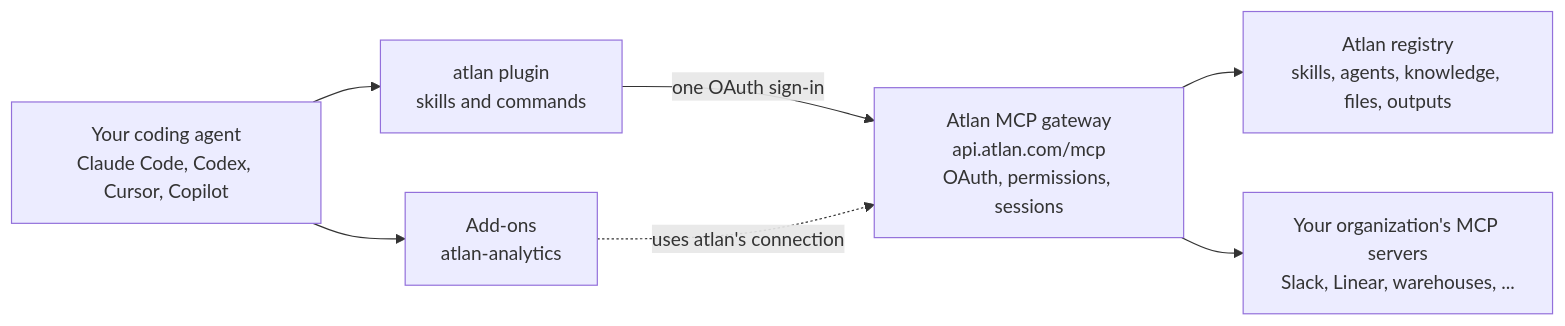
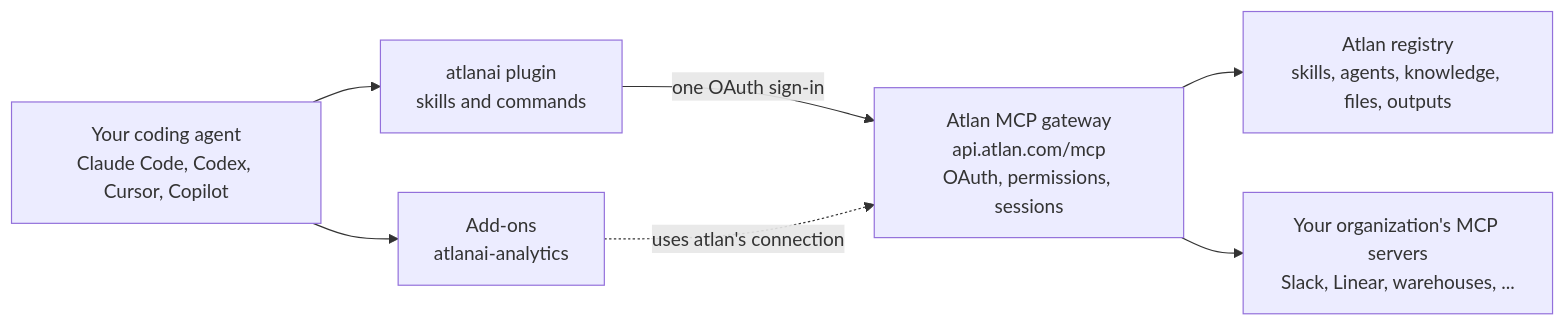
Before and after one commit to atlanai/atlan-plugins: the diagram in README.md, drawn with Mermaid. The commit also changed other lines of this file and 158 other files, not shown here.

````diff
--- a/README.md
+++ b/README.md
@@ -168,16 +132,16 @@
 ```mermaid
 flowchart LR
   agent["Your coding agent<br/>Claude Code, Codex, Cursor, Copilot"]
-  plugin["atlan plugin<br/>skills and commands"]
-  addon["Add-ons<br/>atlan-analytics"]
+  plugin["atlanai plugin<br/>skills and commands"]
+  addon["Add-ons<br/>atlanai-analytics"]
   gateway["Atlan MCP gateway<br/>api.atlan.com/mcp<br/>OAuth, permissions, sessions"]
   registry["Atlan registry<br/>skills, agents, knowledge, files, outputs"]
   servers["Your organization's MCP servers<br/>Slack, Linear, warehouses, ..."]
 
   agent --> plugin
   agent --> addon
   plugin -- "one OAuth sign-in" --> gateway
   addon -. "uses atlan's connection" .-> gateway
   gateway --> registry
   gateway --> servers
 ```
````
